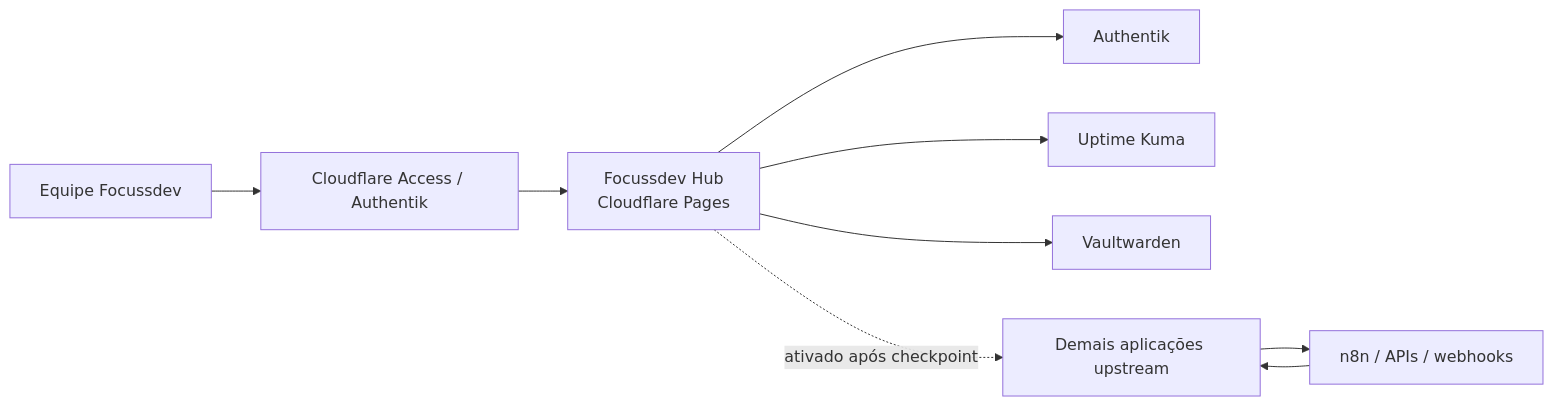
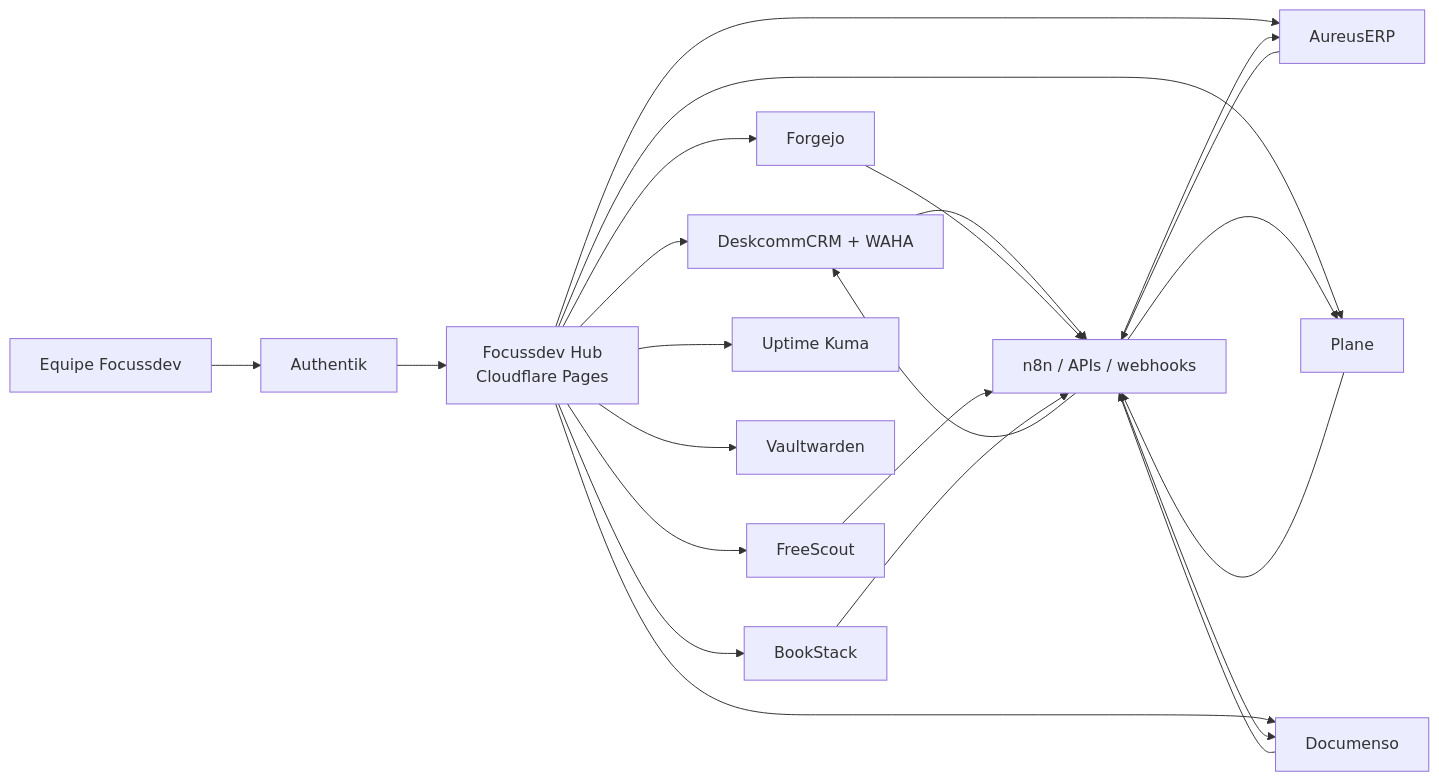
The diagram in docs/architecture.md (focussdevserv/focussdev-platform), drawn with Mermaid before and after one commit. The commit also changed other lines of this file and 6 other files, not shown here.

Commit message:
docs: atualiza progresso do DeskcommCRM e WAHA

````diff
--- a/docs/architecture.md
+++ b/docs/architecture.md
@@ -7,11 +7,25 @@
 ```mermaid
 flowchart LR
-  U[Equipe Focussdev] --> A[Cloudflare Access / Authentik]
+  U[Equipe Focussdev] --> A[Authentik]
   A --> H[Focussdev Hub\nCloudflare Pages]
-  H --> I[Authentik]
+  H --> C[DeskcommCRM + WAHA]
+  H --> E[AureusERP]
+  H --> P[Plane]
+  H --> D[Documenso]
+  H --> G[Forgejo]
+  H --> S[FreeScout]
+  H --> B[BookStack]
   H --> K[Uptime Kuma]
   H --> V[Vaultwarden]
-  H -. ativado após checkpoint .-> X[Demais aplicações upstream]
-  X --> N[n8n / APIs / webhooks]
-  N --> X
+  C --> N[n8n / APIs / webhooks]
+  E --> N
+  P --> N
+  D --> N
+  G --> N
+  S --> N
+  B --> N
+  N --> C
+  N --> E
+  N --> P
+  N --> D
 ```
````
